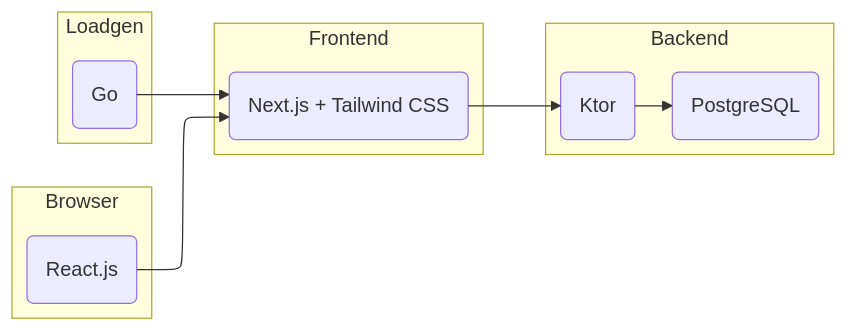
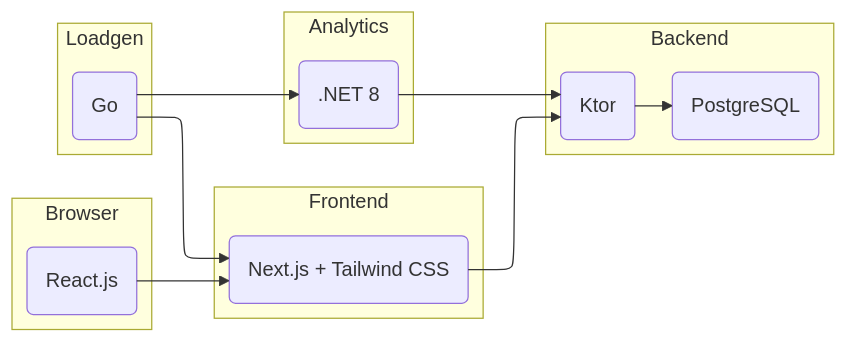
One commit to nais/examples changed the diagram in README.md. Above: the diagram before and after it, drawn with Mermaid. The commit also changed other lines of this file and 27 other files, not shown here.

````diff
--- a/README.md
+++ b/README.md
@@ -41,31 +43,37 @@
 ```mermaid
 ---
 config:
   flowchart:
     defaultRenderer: elk
 ---
 graph LR
 
   subgraph Browser
   A(React.js)
   end
 
   subgraph Frontend
   B(Next.js + Tailwind CSS)
   end
 
   subgraph Backend
   C(Ktor)
   D(PostgreSQL)
   end
 
+  subgraph Analytics
+  F(.NET 8)
+  end
+
   subgraph Loadgen
   E(Go)
   end
 
   A --> B
   B --> C
   C --> D
+  F --> C
   E --> B
+  E --> F
 
 ```
````
